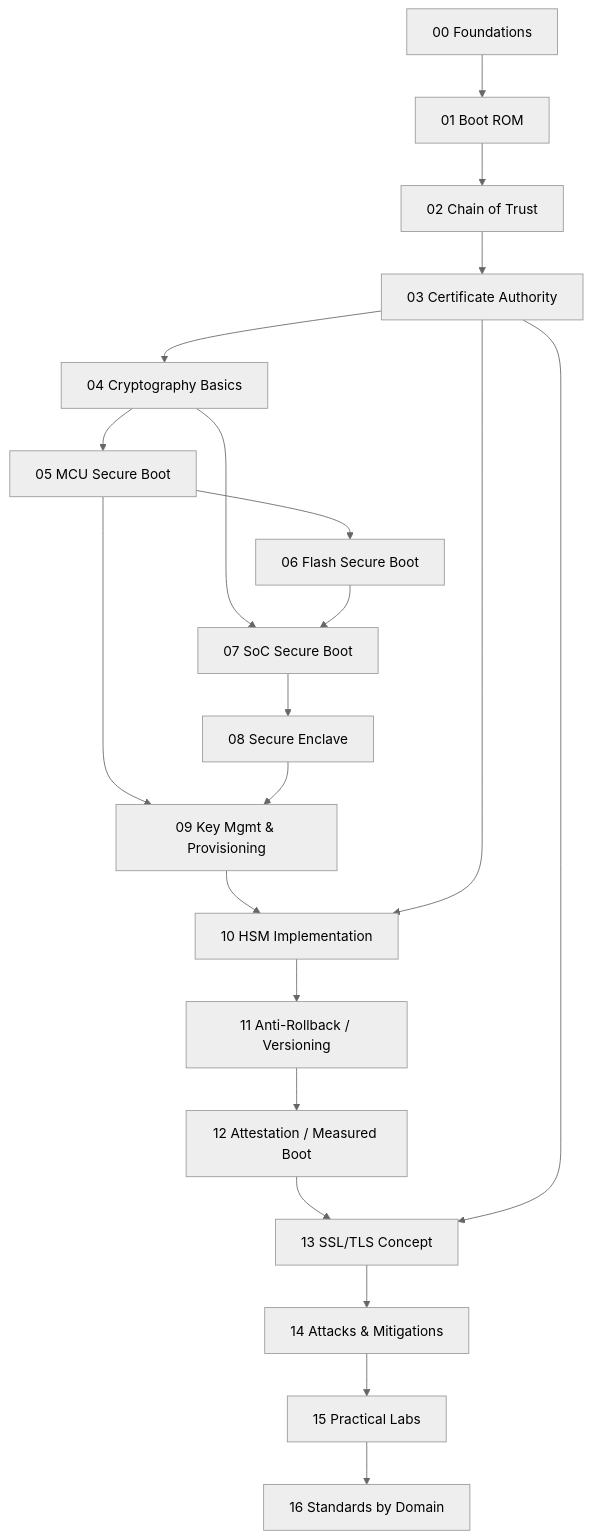
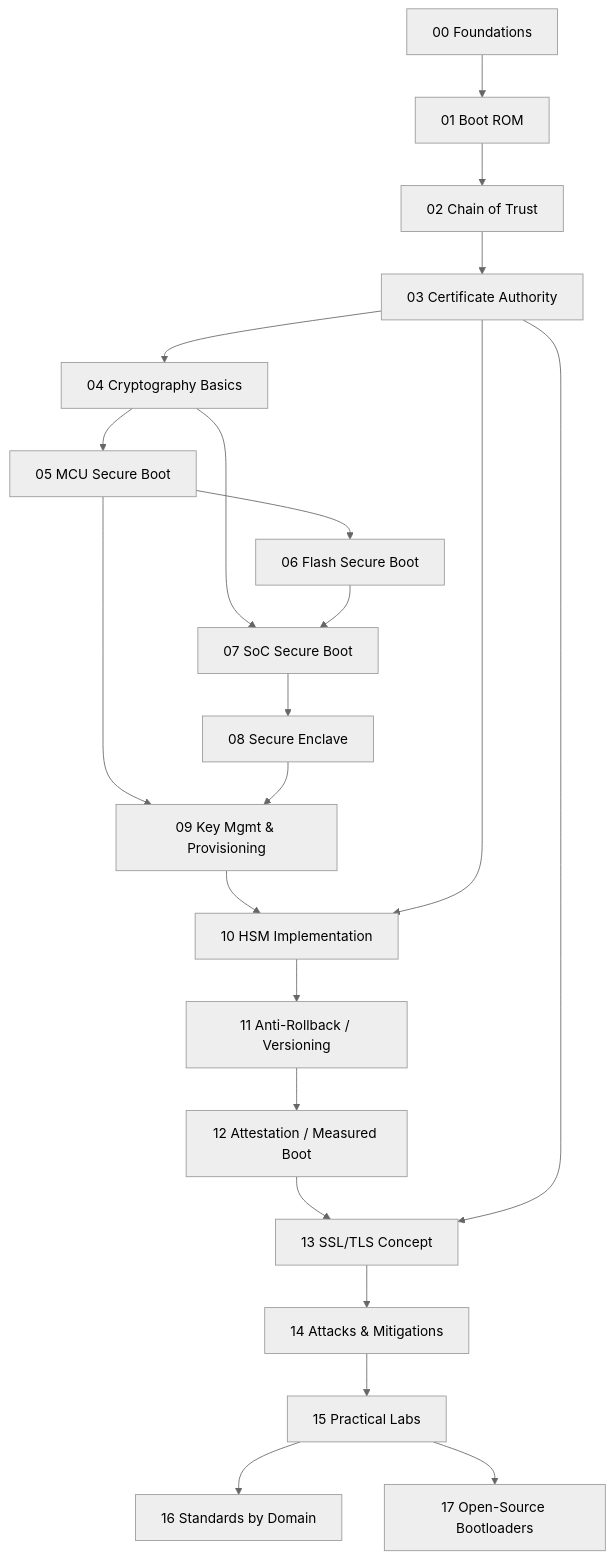
The first of 2 diagrams in docs/index.md (sprchuoi/securebootloader), drawn with Mermaid (neutral theme) before and after one commit. The commit also changed other lines of this file and 6 other files, not shown here.

First line of the commit message:
Add folder 17: open-source bootloaders (U-Boot, MCUboot, Zephyr, FreeRTOS, TF-A/OP-TEE)

````diff
--- a/docs/index.md
+++ b/docs/index.md
@@ -38,23 +39,24 @@
 ```mermaid
 flowchart TD
     A[00 Foundations] --> B[01 Boot ROM]
     B --> C[02 Chain of Trust]
     C --> CA[03 Certificate Authority]
     CA --> F[04 Cryptography Basics]
     F --> D[05 MCU Secure Boot]
     D --> FL[06 Flash Secure Boot]
     F --> E[07 SoC Secure Boot]
     FL --> E
     E --> SE[08 Secure Enclave]
     D --> G[09 Key Mgmt & Provisioning]
     SE --> G
     G --> HSM[10 HSM Implementation]
     CA --> HSM
     HSM --> H[11 Anti-Rollback / Versioning]
     H --> I[12 Attestation / Measured Boot]
     I --> SSL[13 SSL/TLS Concept]
     CA --> SSL
     SSL --> J[14 Attacks & Mitigations]
     J --> K[15 Practical Labs]
     K --> ST[16 Standards by Domain]
+    K --> OSS[17 Open-Source Bootloaders]
 ```
````
